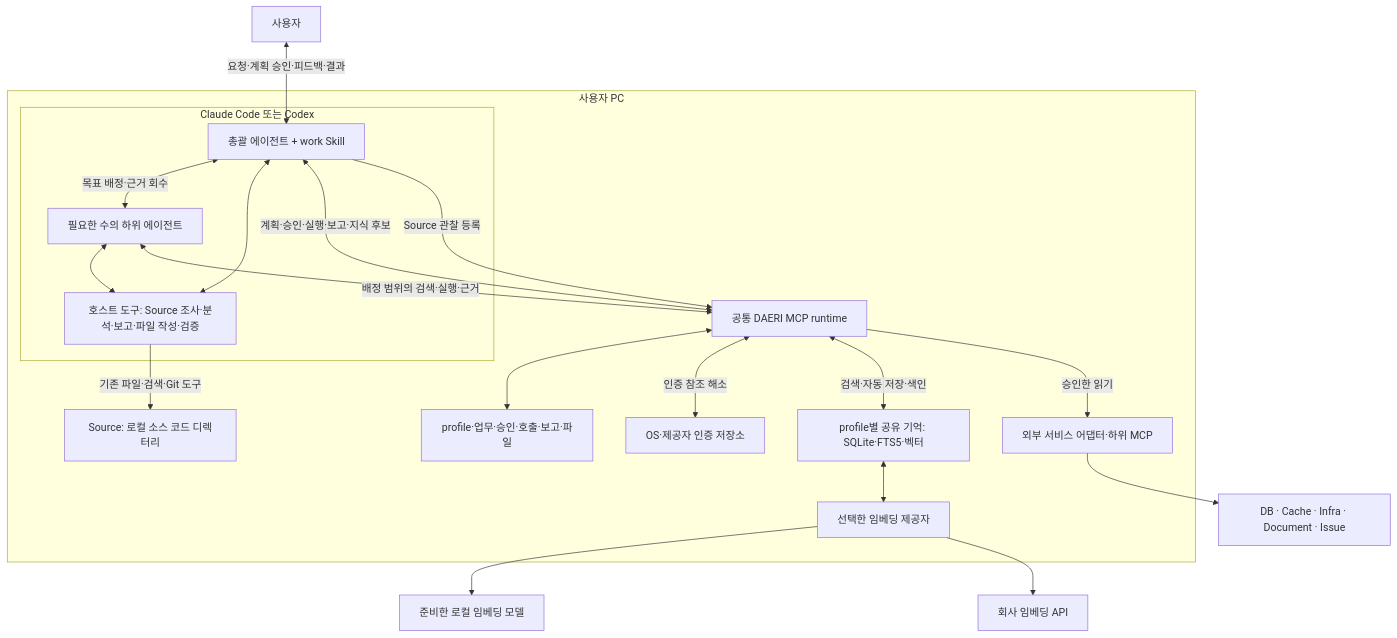
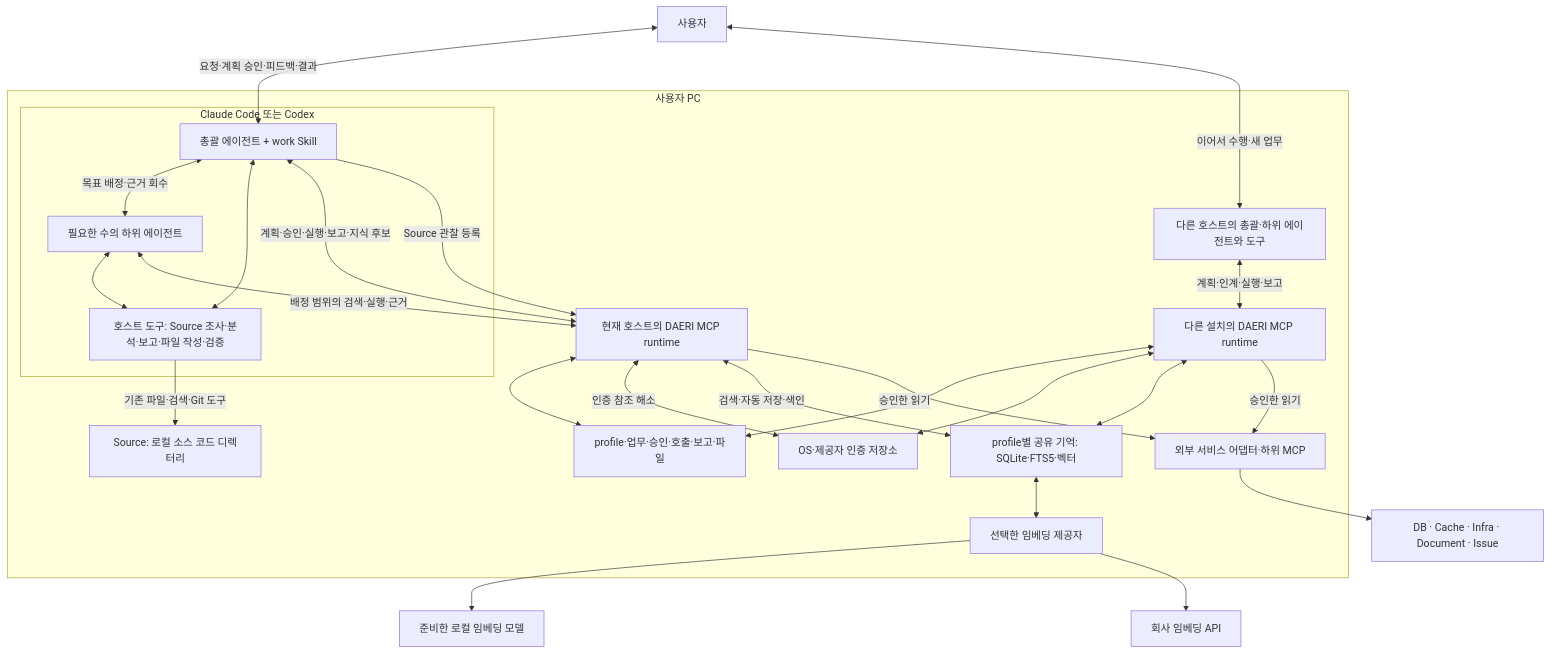
The diagram in docs/architecture/overview.md (VVoodyHong/DAERI), drawn with Mermaid before and after one commit. The commit also changed other lines of this file and 59 other files, not shown here.

````diff
--- a/docs/architecture/overview.md
+++ b/docs/architecture/overview.md
@@ -30,34 +31,42 @@
 ```mermaid
 flowchart TB
     U[사용자]
     subgraph PC[사용자 PC]
         subgraph Host[Claude Code 또는 Codex]
             H[총괄 에이전트 + work Skill]
             W[필요한 수의 하위 에이전트]
             T[호스트 도구: Source 조사·분석·보고·파일 작성·검증]
             H <-->|목표 배정·근거 회수| W
             H <--> T
             W <--> T
         end
-        D[공통 DAERI MCP runtime]
+        D[현재 호스트의 DAERI MCP runtime]
+        H2[다른 호스트의 총괄·하위 에이전트와 도구]
+        D2[다른 설치의 DAERI MCP runtime]
         S[profile·업무·승인·호출·보고·파일]
         C[OS·제공자 인증 저장소]
         M[profile별 공유 기억: SQLite·FTS5·벡터]
         E[선택한 임베딩 제공자]
         A[외부 서비스 어댑터·하위 MCP]
         LS[Source: 로컬 소스 코드 디렉터리]
         H <-->|계획·승인·실행·보고·지식 후보| D
         W <-->|배정 범위의 검색·실행·근거| D
         D <--> S
         D <-->|인증 참조 해소| C
         D <-->|검색·자동 저장·색인| M
         M <--> E
         D -->|승인한 읽기| A
+        H2 <-->|계획·인계·실행·보고| D2
+        D2 <--> S
+        D2 <--> C
+        D2 <--> M
+        D2 -->|승인한 읽기| A
         T -->|기존 파일·검색·Git 도구| LS
         H -->|Source 관찰 등록| D
     end
     U <-->|요청·계획 승인·피드백·결과| H
+    U <-->|이어서 수행·새 업무| H2
     A --> R[DB · Cache · Infra · Document · Issue]
     E --> L[준비한 로컬 임베딩 모델]
     E --> API[회사 임베딩 API]
 ```
````
